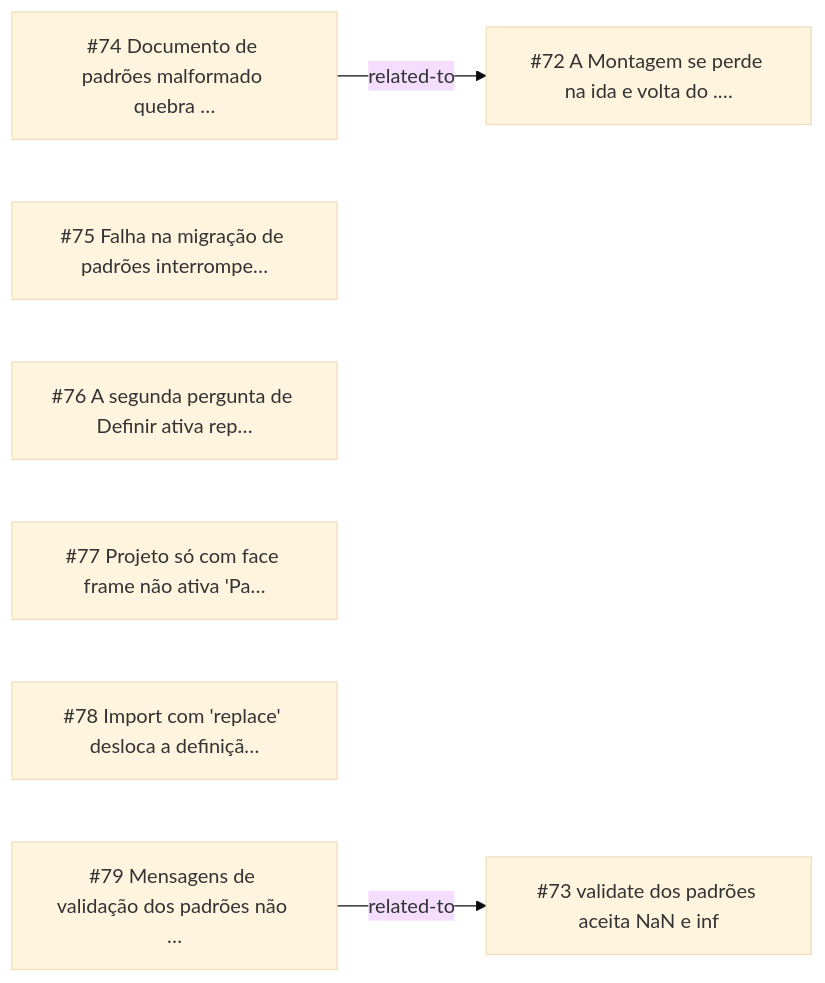
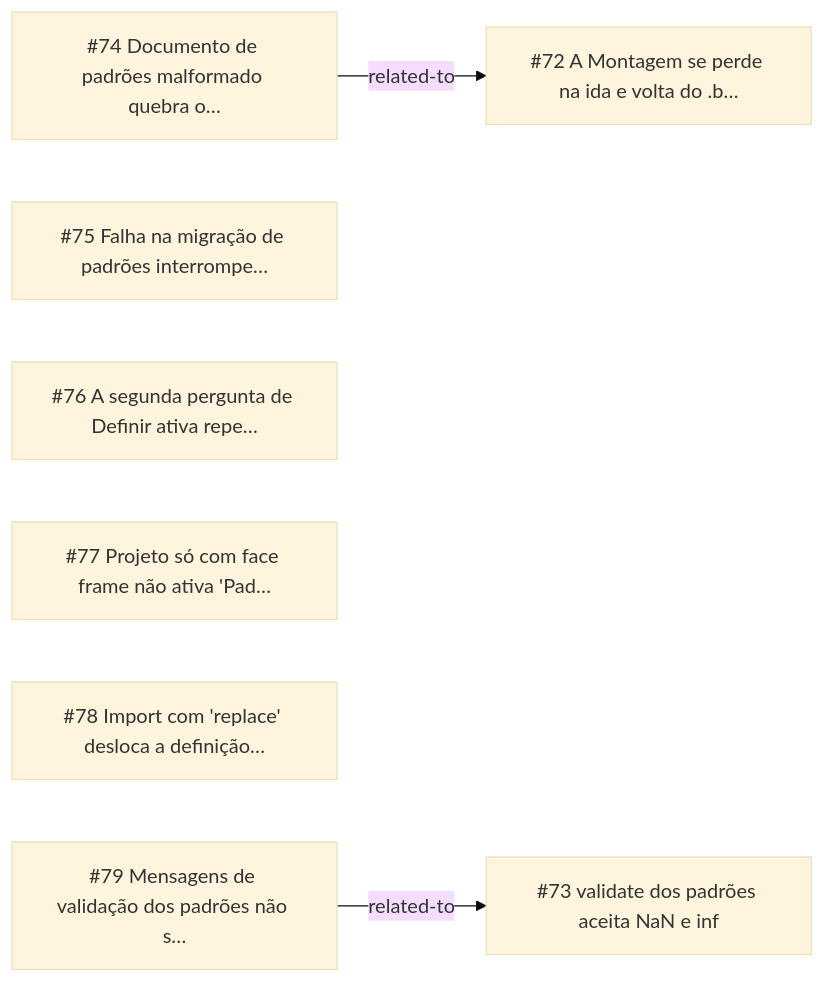
Before and after one commit to CAFFDIGITALPLATFORM/caffmob_draw: the diagram in _reversa_bugs/standards/generated/graph.md, drawn with Mermaid (base theme). The commit also changed other lines of this file and 220 other files, not shown here.

````diff
--- a/_reversa_bugs/standards/generated/graph.md
+++ b/_reversa_bugs/standards/generated/graph.md
@@ -5,13 +5,13 @@
 ```mermaid
 graph LR
-  BUG_20261011_KVDM["#72 A Montagem se perde na ida e volta do .…"]
+  BUG_20261011_KVDM["#72 A Montagem se perde na ida e volta do .b…"]
   BUG_20261011_ZK42["#73 validate dos padrões aceita NaN e inf"]
-  BUG_20261011_3HN6["#74 Documento de padrões malformado quebra …"]
+  BUG_20261011_3HN6["#74 Documento de padrões malformado quebra o…"]
   BUG_20261011_MTPU["#75 Falha na migração de padrões interrompe…"]
-  BUG_20261011_QO2H["#76 A segunda pergunta de Definir ativa rep…"]
-  BUG_20261011_64UD["#77 Projeto só com face frame não ativa 'Pa…"]
-  BUG_20261011_ZATR["#78 Import com 'replace' desloca a definiçã…"]
-  BUG_20261011_EKM7["#79 Mensagens de validação dos padrões não …"]
+  BUG_20261011_QO2H["#76 A segunda pergunta de Definir ativa repe…"]
+  BUG_20261011_64UD["#77 Projeto só com face frame não ativa 'Pad…"]
+  BUG_20261011_ZATR["#78 Import com 'replace' desloca a definição…"]
+  BUG_20261011_EKM7["#79 Mensagens de validação dos padrões não s…"]
   BUG_20261011_3HN6 -->|related-to| BUG_20261011_KVDM
   BUG_20261011_EKM7 -->|related-to| BUG_20261011_ZK42
 ```
````
